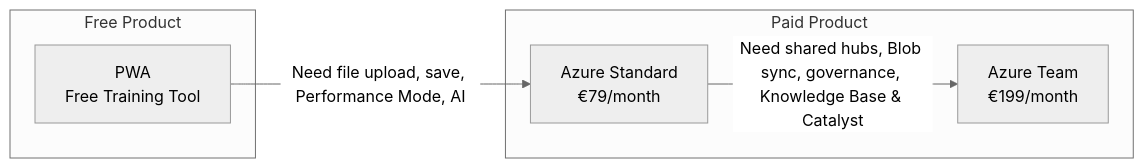
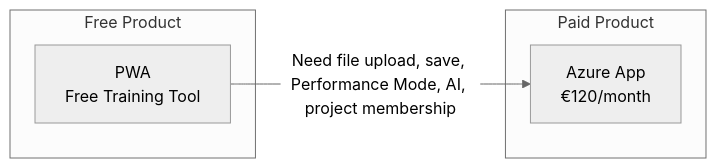
Before and after one commit to jukka-matti/variscout: the diagram in docs/08-products/index.md, drawn with Mermaid (neutral theme). The commit also changed other lines of this file and 55 other files, not shown here.

````diff
--- a/docs/08-products/index.md
+++ b/docs/08-products/index.md
@@ -24,14 +24,12 @@
 ```mermaid
 flowchart LR
     subgraph Paid["Paid Product"]
-        A1[Azure Standard<br/>€79/month]
-        A2[Azure Team<br/>€199/month]
+        A1[Azure App<br/>€120/month]
     end
 
     subgraph Free["Free Product"]
         C[PWA<br/>Free Training Tool]
     end
 
-    C -->|"Need file upload, save, Performance Mode, AI"| A1
-    A1 -->|"Need shared hubs, Blob sync, governance, Knowledge Base & Catalyst"| A2
+    C -->|"Need file upload, save, Performance Mode, AI, project membership"| A1
 ```
````
